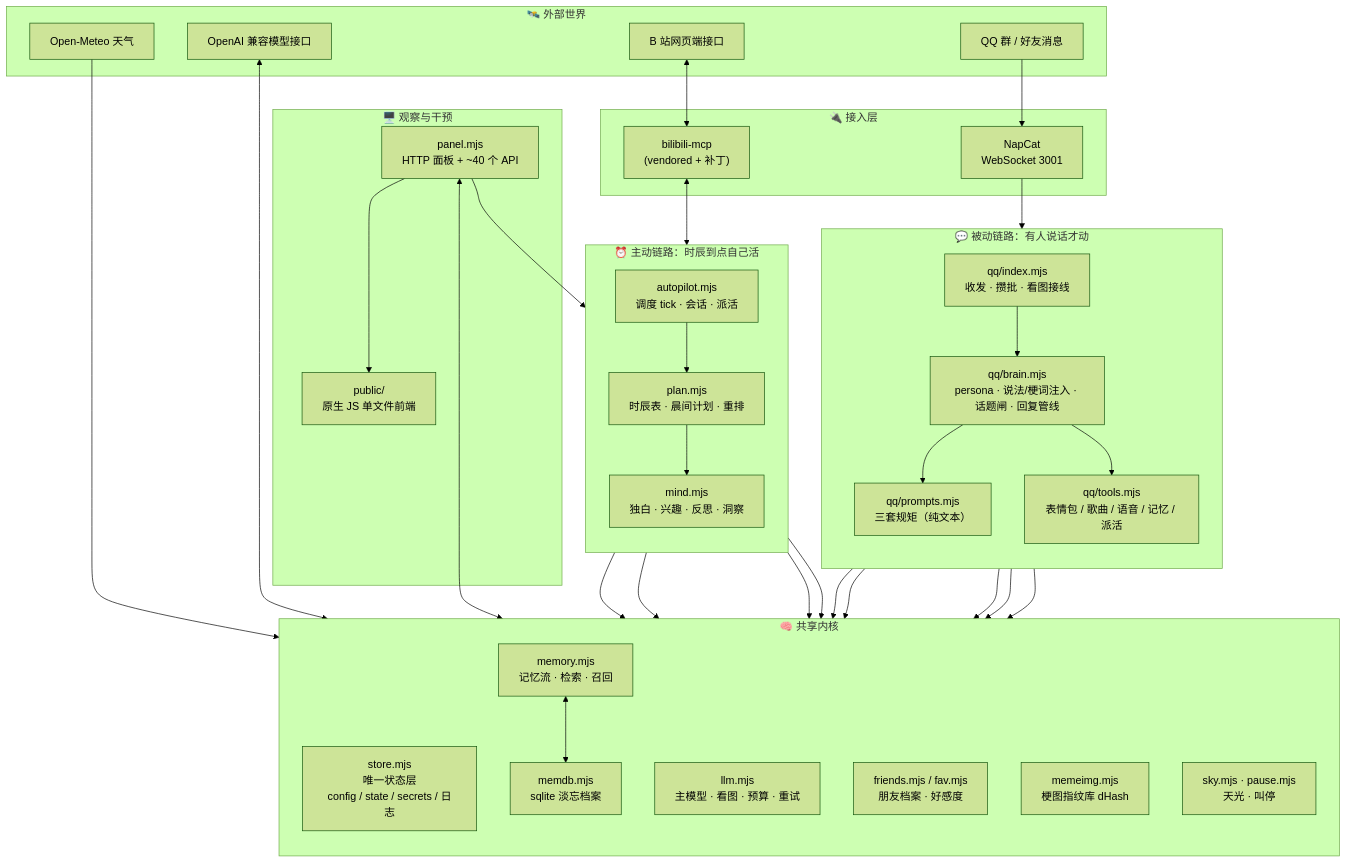
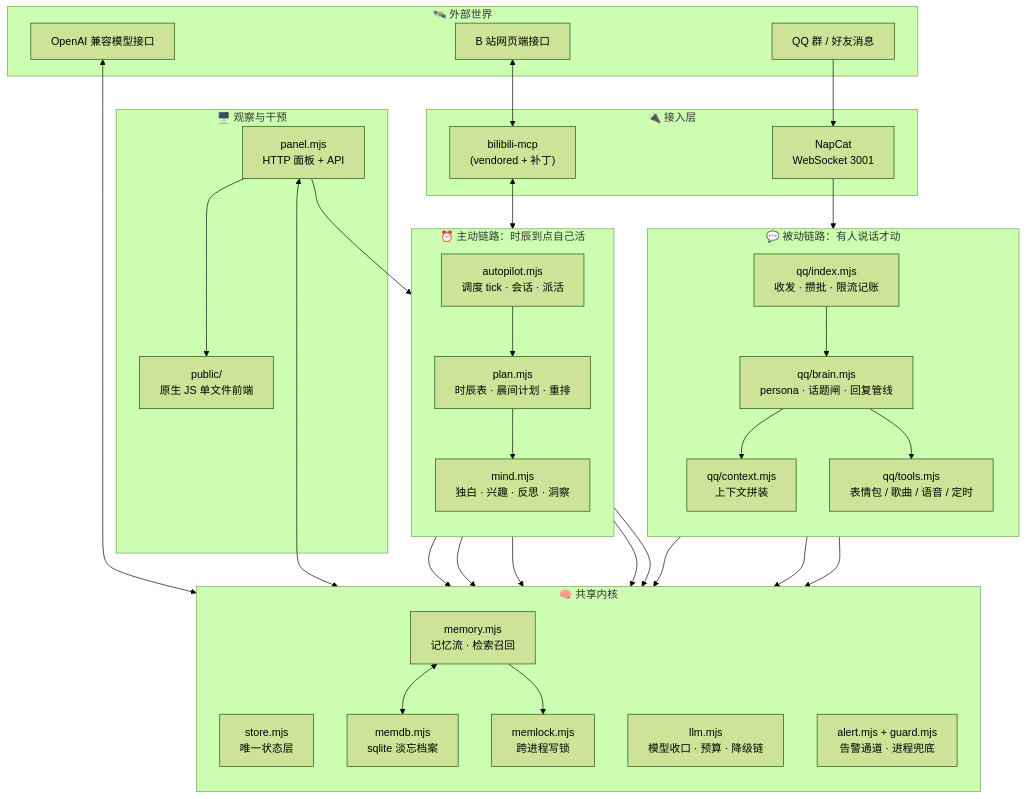
The diagram in README.md (Yeson-mdk/Aquarium-control-panel), drawn with Mermaid (forest theme) before and after one commit. The commit also changed other lines of this file and 38 other files, not shown here.

````diff
--- a/README.md
+++ b/README.md
@@ -164,70 +104,67 @@
 ```mermaid
 flowchart TB
     subgraph EXT["🛰️ 外部世界"]
         QQ["QQ 群 / 好友消息"]
         BILI["B 站网页端接口"]
-        SKY["Open-Meteo 天气"]
         LLMAPI["OpenAI 兼容模型接口"]
     end
 
     subgraph ACCESS["🔌 接入层"]
         NAPCAT["NapCat<br/>WebSocket 3001"]
         MCP["bilibili-mcp<br/>(vendored + 补丁)"]
     end
 
     subgraph QQFLOW["💬 被动链路：有人说话才动"]
         direction TB
-        IDX["qq/index.mjs<br/>收发 · 攒批 · 看图接线"]
-        BRAIN["qq/brain.mjs<br/>persona · 说法/梗词注入 · 话题闸 · 回复管线"]
-        PROMPT["qq/prompts.mjs<br/>三套规矩（纯文本）"]
-        TOOLS["qq/tools.mjs<br/>表情包 / 歌曲 / 语音 / 记忆 / 派活"]
+        IDX["qq/index.mjs<br/>收发 · 攒批 · 限流记账"]
+        BRAIN["qq/brain.mjs<br/>persona · 话题闸 · 回复管线"]
+        CTX["qq/context.mjs<br/>上下文拼装"]
+        TOOLS["qq/tools.mjs<br/>表情包 / 歌曲 / 语音 / 定时"]
         IDX --> BRAIN
-        BRAIN --> PROMPT
+        BRAIN --> CTX
         BRAIN --> TOOLS
     end
 
     subgraph AUTOFLOW["⏰ 主动链路：时辰到点自己活"]
         direction TB
         TICK["autopilot.mjs<br/>调度 tick · 会话 · 派活"]
         PLAN["plan.mjs<br/>时辰表 · 晨间计划 · 重排"]
         MIND["mind.mjs<br/>独白 · 兴趣 · 反思 · 洞察"]
         TICK --> PLAN
         PLAN --> MIND
     end
 
     subgraph CORE["🧠 共享内核"]
         direction TB
-        STORE["store.mjs<br/>唯一状态层<br/>config / state / secrets / 日志"]
-        LLM["llm.mjs<br/>主模型 · 看图 · 预算 · 重试"]
-        MEM["memory.mjs<br/>记忆流 · 检索 · 召回"]
+        STORE["store.mjs<br/>唯一状态层"]
+        LLM["llm.mjs<br/>模型收口 · 预算 · 降级链"]
+        MEM["memory.mjs<br/>记忆流 · 检索召回"]
         DB["memdb.mjs<br/>sqlite 淡忘档案"]
-        FAV["friends.mjs / fav.mjs<br/>朋友档案 · 好感度"]
-        MEME["memeimg.mjs<br/>梗图指纹库 dHash"]
-        SKYM["sky.mjs · pause.mjs<br/>天光 · 叫停"]
+        LOCK["memlock.mjs<br/>跨进程写锁"]
+        ALERT["alert.mjs + guard.mjs<br/>告警通道 · 进程兜底"]
         MEM <--> DB
+        MEM --> LOCK
     end
 
     subgraph UI["🖥️ 观察与干预"]
-        PANEL["panel.mjs<br/>HTTP 面板 + ~40 个 API"]
+        PANEL["panel.mjs<br/>HTTP 面板 + API"]
         WEB["public/<br/>原生 JS 单文件前端"]
         PANEL --> WEB
     end
 
     QQ --> NAPCAT --> IDX
     BILI <--> MCP
     MCP <--> TICK
-    SKY --> SKYM
     LLMAPI <--> LLM
 
     BRAIN --> LLM
     BRAIN --> MEM
-    BRAIN --> FAV
-    BRAIN --> MEME
     MIND --> LLM
     MIND --> MEM
+    MIND --> ALERT
     PLAN --> MEM
     TICK --> STORE
     BRAIN --> STORE
     PANEL <--> STORE
     PANEL --> PLAN
 ```
````
